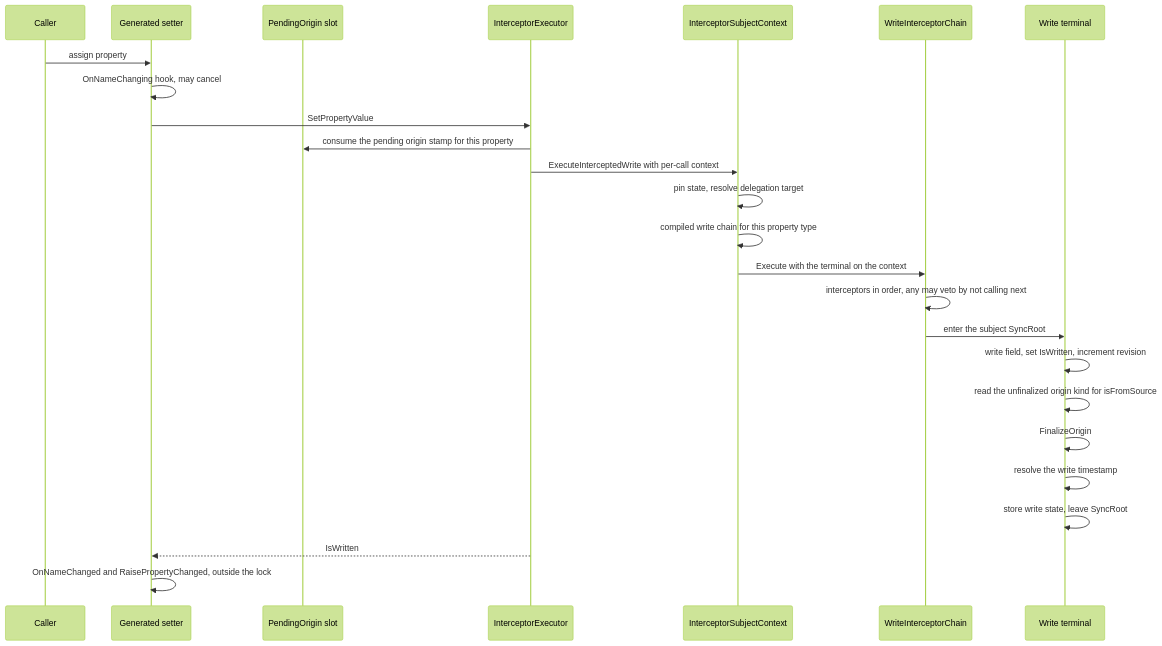
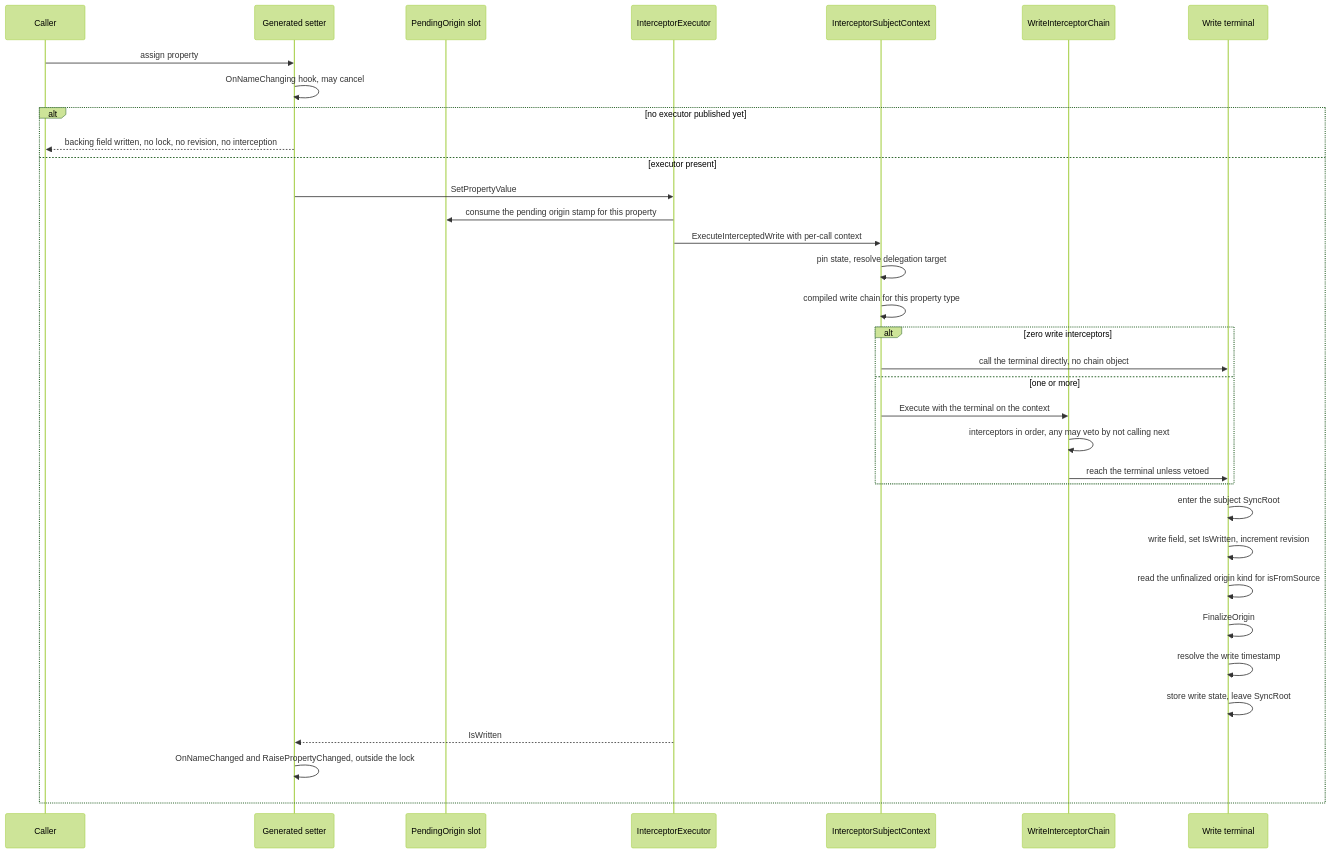
The second of 4 diagrams in docs/design/core-context.md (RicoSuter/Namotion.Interceptor), drawn with Mermaid (forest theme) before and after one commit. The commit also changed other lines of this file, not shown here.

````diff
--- a/docs/design/core-context.md
+++ b/docs/design/core-context.md
@@ -384,27 +386,36 @@
 ```mermaid
 sequenceDiagram
     participant Caller
     participant Setter as Generated setter
     participant Slot as PendingOrigin slot
     participant Executor as InterceptorExecutor
     participant Context as InterceptorSubjectContext
     participant Chain as WriteInterceptorChain
     participant Terminal as Write terminal
     Caller->>Setter: assign property
     Setter->>Setter: OnNameChanging hook, may cancel
-    Setter->>Executor: SetPropertyValue
-    Executor->>Slot: consume the pending origin stamp for this property
-    Executor->>Context: ExecuteInterceptedWrite with per-call context
-    Context->>Context: pin state, resolve delegation target
-    Context->>Context: compiled write chain for this property type
-    Context->>Chain: Execute with the terminal on the context
-    Chain->>Chain: interceptors in order, any may veto by not calling next
-    Chain->>Terminal: enter the subject SyncRoot
-    Terminal->>Terminal: write field, set IsWritten, increment revision
-    Terminal->>Terminal: read the unfinalized origin kind for isFromSource
-    Terminal->>Terminal: FinalizeOrigin
-    Terminal->>Terminal: resolve the write timestamp
-    Terminal->>Terminal: store write state, leave SyncRoot
-    Executor-->>Setter: IsWritten
-    Setter->>Setter: OnNameChanged and RaisePropertyChanged, outside the lock
+    alt no executor published yet
+        Setter-->>Caller: backing field written, no lock, no revision, no interception
+    else executor present
+        Setter->>Executor: SetPropertyValue
+        Executor->>Slot: consume the pending origin stamp for this property
+        Executor->>Context: ExecuteInterceptedWrite with per-call context
+        Context->>Context: pin state, resolve delegation target
+        Context->>Context: compiled write chain for this property type
+        alt zero write interceptors
+            Context->>Terminal: call the terminal directly, no chain object
+        else one or more
+            Context->>Chain: Execute with the terminal on the context
+            Chain->>Chain: interceptors in order, any may veto by not calling next
+            Chain->>Terminal: reach the terminal unless vetoed
+        end
+        Terminal->>Terminal: enter the subject SyncRoot
+        Terminal->>Terminal: write field, set IsWritten, increment revision
+        Terminal->>Terminal: read the unfinalized origin kind for isFromSource
+        Terminal->>Terminal: FinalizeOrigin
+        Terminal->>Terminal: resolve the write timestamp
+        Terminal->>Terminal: store write state, leave SyncRoot
+        Executor-->>Setter: IsWritten
+        Setter->>Setter: OnNameChanged and RaisePropertyChanged, outside the lock
+    end
 ```
````
